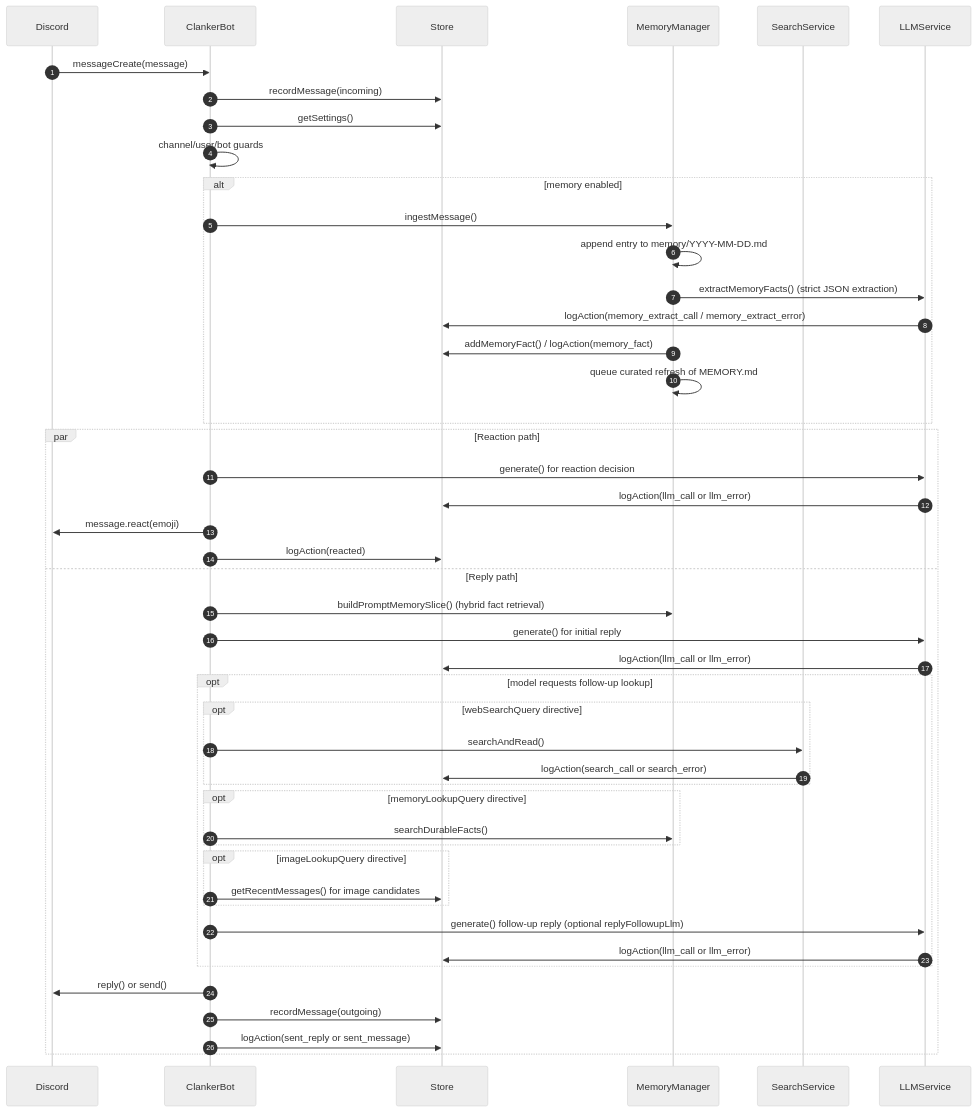
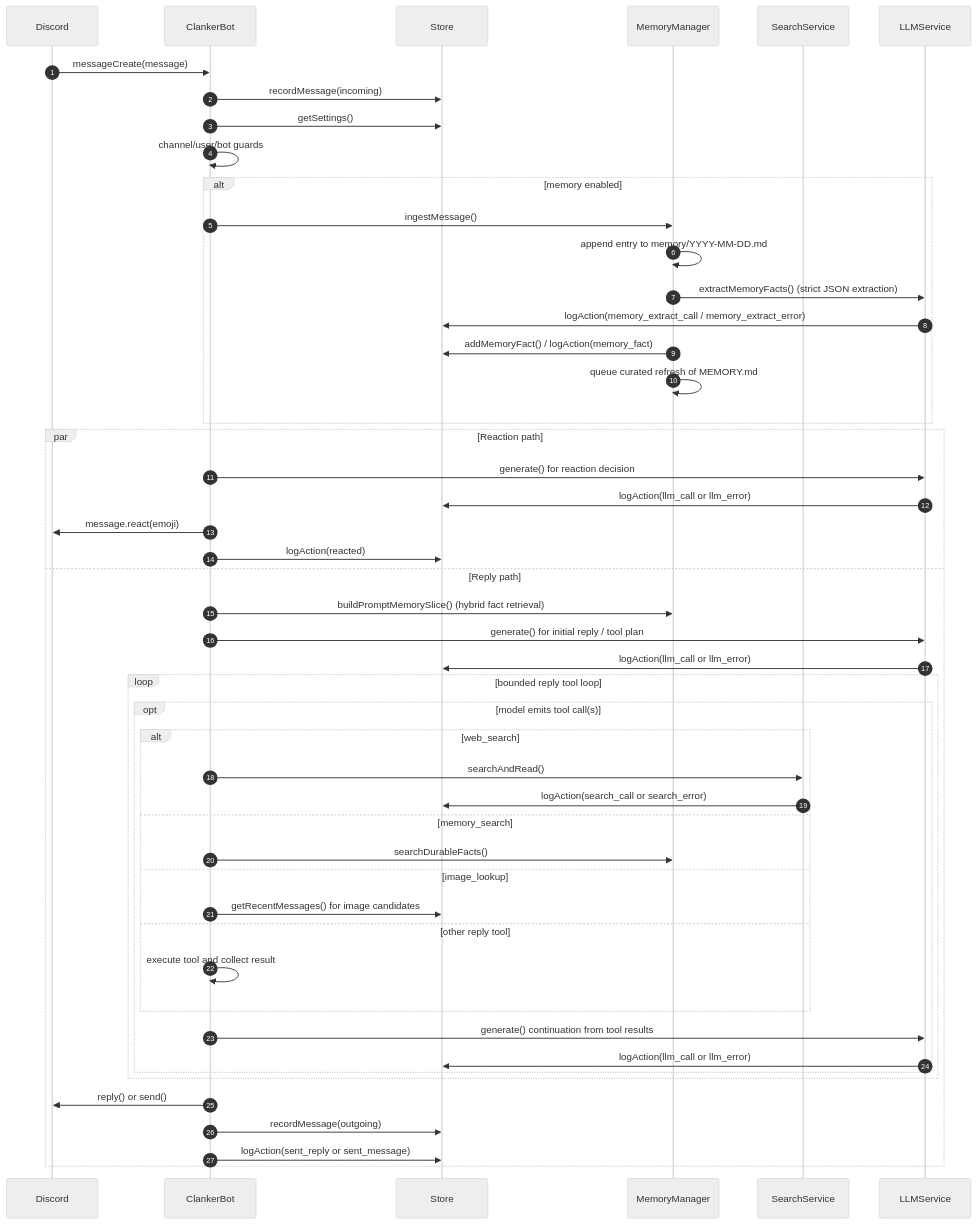
One commit to Volpestyle/clanker_conk changed the diagram in docs/diagrams/message-event-flow.mmd. Above: the diagram before and after it, drawn with Mermaid (neutral theme). The commit also changed 35 other files, not shown here.

First line of the commit message:
bot: split reactive admission and move text replies to the tool loop

```diff
--- a/docs/diagrams/message-event-flow.mmd
+++ b/docs/diagrams/message-event-flow.mmd
@@ -1,50 +1,52 @@
 sequenceDiagram
     autonumber
     participant Discord as Discord
     participant Bot as ClankerBot
     participant Store as Store
     participant Memory as MemoryManager
     participant Search as SearchService
     participant LLM as LLMService
 
     Discord->>Bot: messageCreate(message)
     Bot->>Store: recordMessage(incoming)
     Bot->>Store: getSettings()
     Bot->>Bot: channel/user/bot guards
 
     alt memory enabled
       Bot->>Memory: ingestMessage()
       Memory->>Memory: append entry to memory/YYYY-MM-DD.md
       Memory->>LLM: extractMemoryFacts() (strict JSON extraction)
       LLM->>Store: logAction(memory_extract_call / memory_extract_error)
       Memory->>Store: addMemoryFact() / logAction(memory_fact)
       Memory->>Memory: queue curated refresh of MEMORY.md
     end
 
     par Reaction path
       Bot->>LLM: generate() for reaction decision
       LLM->>Store: logAction(llm_call or llm_error)
       Bot->>Discord: message.react(emoji)
       Bot->>Store: logAction(reacted)
     and Reply path
       Bot->>Memory: buildPromptMemorySlice() (hybrid fact retrieval)
-      Bot->>LLM: generate() for initial reply
+      Bot->>LLM: generate() for initial reply / tool plan
       LLM->>Store: logAction(llm_call or llm_error)
-      opt model requests follow-up lookup
-        opt webSearchQuery directive
-          Bot->>Search: searchAndRead()
-          Search->>Store: logAction(search_call or search_error)
+      loop bounded reply tool loop
+        opt model emits tool call(s)
+          alt web_search
+            Bot->>Search: searchAndRead()
+            Search->>Store: logAction(search_call or search_error)
+          else memory_search
+            Bot->>Memory: searchDurableFacts()
+          else image_lookup
+            Bot->>Store: getRecentMessages() for image candidates
+          else other reply tool
+            Bot->>Bot: execute tool and collect result
+          end
+          Bot->>LLM: generate() continuation from tool results
+          LLM->>Store: logAction(llm_call or llm_error)
         end
-        opt memoryLookupQuery directive
-          Bot->>Memory: searchDurableFacts()
-        end
-        opt imageLookupQuery directive
-          Bot->>Store: getRecentMessages() for image candidates
-        end
-        Bot->>LLM: generate() follow-up reply (optional replyFollowupLlm)
-        LLM->>Store: logAction(llm_call or llm_error)
       end
       Bot->>Discord: reply() or send()
       Bot->>Store: recordMessage(outgoing)
       Bot->>Store: logAction(sent_reply or sent_message)
     end
```
